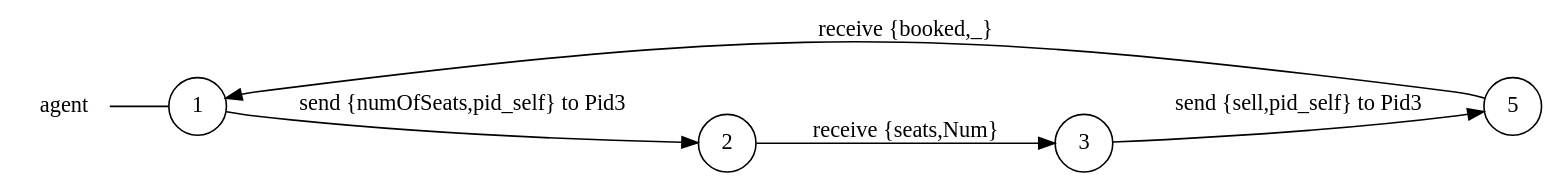
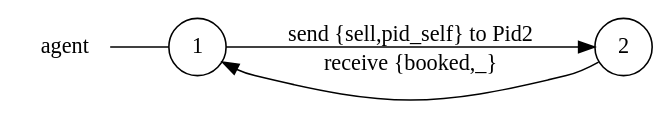
Before and after one commit to gabrielegenovese/chorer: the diagram in examples/airline/agent_local_view.dot, drawn with Graphviz. The commit also changed 12 other files, not shown here.

```diff
--- a/examples/airline/agent_local_view.dot
+++ b/examples/airline/agent_local_view.dot
@@ -1,14 +1,10 @@
 digraph agent {
 	rankdir="LR";
 	n_0 [label="agent", shape="plaintext"];
-	n_1 [id="5", shape=circle, label="5"];
-	n_2 [id="1", shape=circle, label="1"];
-	n_0 -> n_2 [arrowhead=none];
-	n_3 [id="2", shape=circle, label="2"];
-	n_4 [id="3", shape=circle, label="3"];
+	n_1 [id="1", shape=circle, label="1"];
+	n_0 -> n_1 [arrowhead=none];
+	n_2 [id="2", shape=circle, label="2"];
 
-	n_1 -> n_2 [id="[$e|5]", label="receive {booked,_}"];
-	n_4 -> n_1 [id="[$e|3]", label="send {sell,pid_self} to Pid3"];
-	n_2 -> n_3 [id="[$e|4]", label="send {numOfSeats,pid_self} to Pid3"];
-	n_3 -> n_4 [id="[$e|2]", label="receive {seats,Num}"];
+	n_2 -> n_1 [id="[$e|3]", label="receive {booked,_}"];
+	n_1 -> n_2 [id="[$e|0]", label="send {sell,pid_self} to Pid2"];
 }
```
